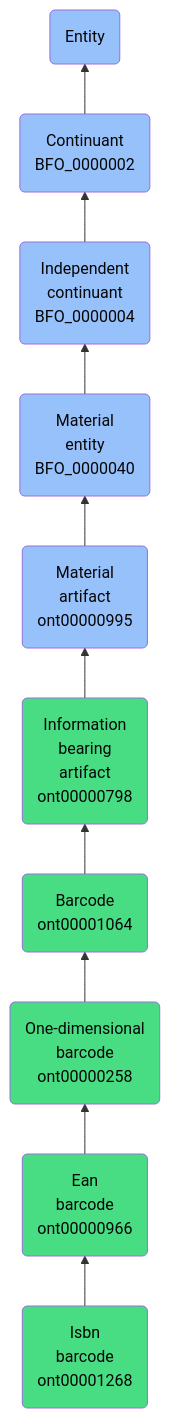
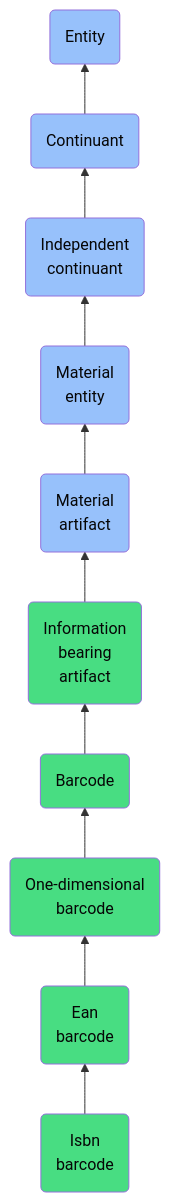
The diagram in docs/ontology/reference/model/Entity/Continuant/Independent continuant/Material entity/Material artifact/Information bearing artifact/Barcode/One-dimensional barcode/Ean barcode/Isbn barcode/Isbn barcode.md (jupyter-naas/abi), drawn with Mermaid before and after one commit. The commit also changed other lines of this file and 1430 other files, not shown here.

````diff
--- a/docs/ontology/reference/model/Entity/Continuant/Independent continuant/Material entity/Material artifact/Information bearing artifact/Barcode/One-dimensional barcode/Ean barcode/Isbn barcode/Isbn barcode.md
+++ b/docs/ontology/reference/model/Entity/Continuant/Independent continuant/Material entity/Material artifact/Information bearing artifact/Barcode/One-dimensional barcode/Ean barcode/Isbn barcode/Isbn barcode.md
@@ -24,17 +24,17 @@
 ```mermaid
 graph BT
-    ont00001268(Isbn<br>barcode<br>ont00001268):::ABI-->ont00000966
-    ont00000966(Ean<br>barcode<br>ont00000966):::ABI-->ont00000258
-    ont00000258(One-dimensional<br>barcode<br>ont00000258):::ABI-->ont00001064
-    ont00001064(Barcode<br>ont00001064):::ABI-->ont00000798
-    ont00000798(Information<br>bearing<br>artifact<br>ont00000798):::ABI-->ont00000995
-    ont00000995(Material<br>artifact<br>ont00000995):::BFO-->BFO_0000040
-    BFO_0000040(Material<br>entity<br>BFO_0000040):::BFO-->BFO_0000004
-    BFO_0000004(Independent<br>continuant<br>BFO_0000004):::BFO-->BFO_0000002
-    BFO_0000002(Continuant<br>BFO_0000002):::BFO-->BFO_0000001
+    ont00001268(Isbn<br>barcode):::ABI-->ont00000966
+    ont00000966(Ean<br>barcode):::ABI-->ont00000258
+    ont00000258(One-dimensional<br>barcode):::ABI-->ont00001064
+    ont00001064(Barcode):::ABI-->ont00000798
+    ont00000798(Information<br>bearing<br>artifact):::ABI-->ont00000995
+    ont00000995(Material<br>artifact):::BFO-->BFO_0000040
+    BFO_0000040(Material<br>entity):::BFO-->BFO_0000004
+    BFO_0000004(Independent<br>continuant):::BFO-->BFO_0000002
+    BFO_0000002(Continuant):::BFO-->BFO_0000001
     BFO_0000001(Entity):::BFO
     
     classDef BFO fill:#97c1fb,color:#060606
     classDef CCO fill:#e4c51e,color:#060606
     classDef ABI fill:#48DD82,color:#060606
 ```
````
